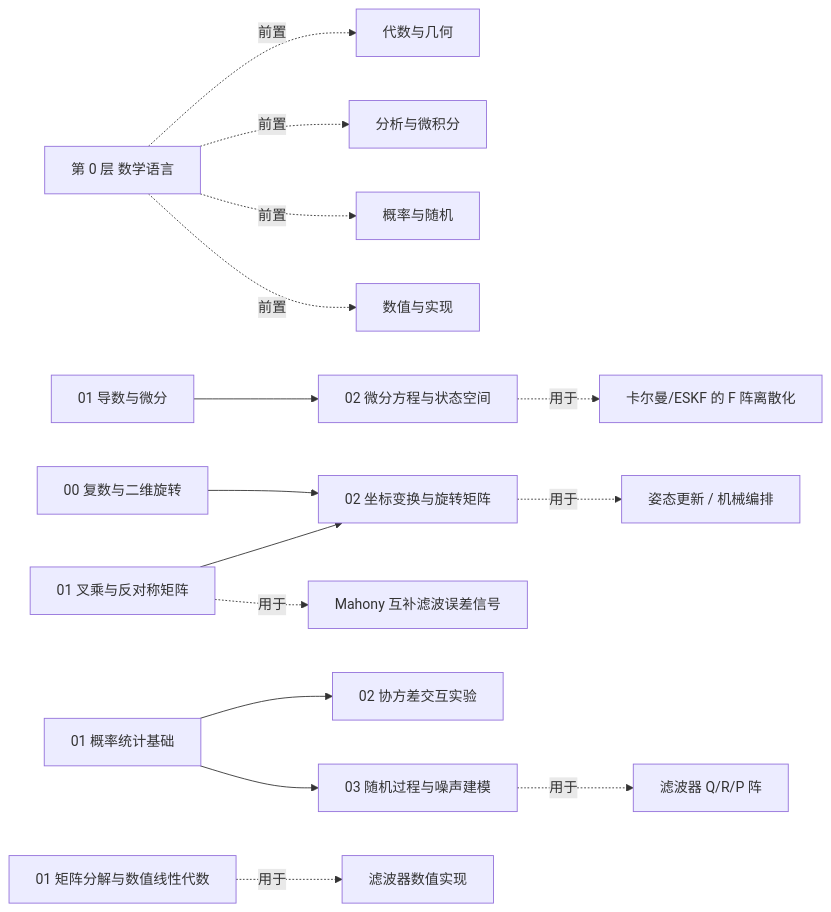
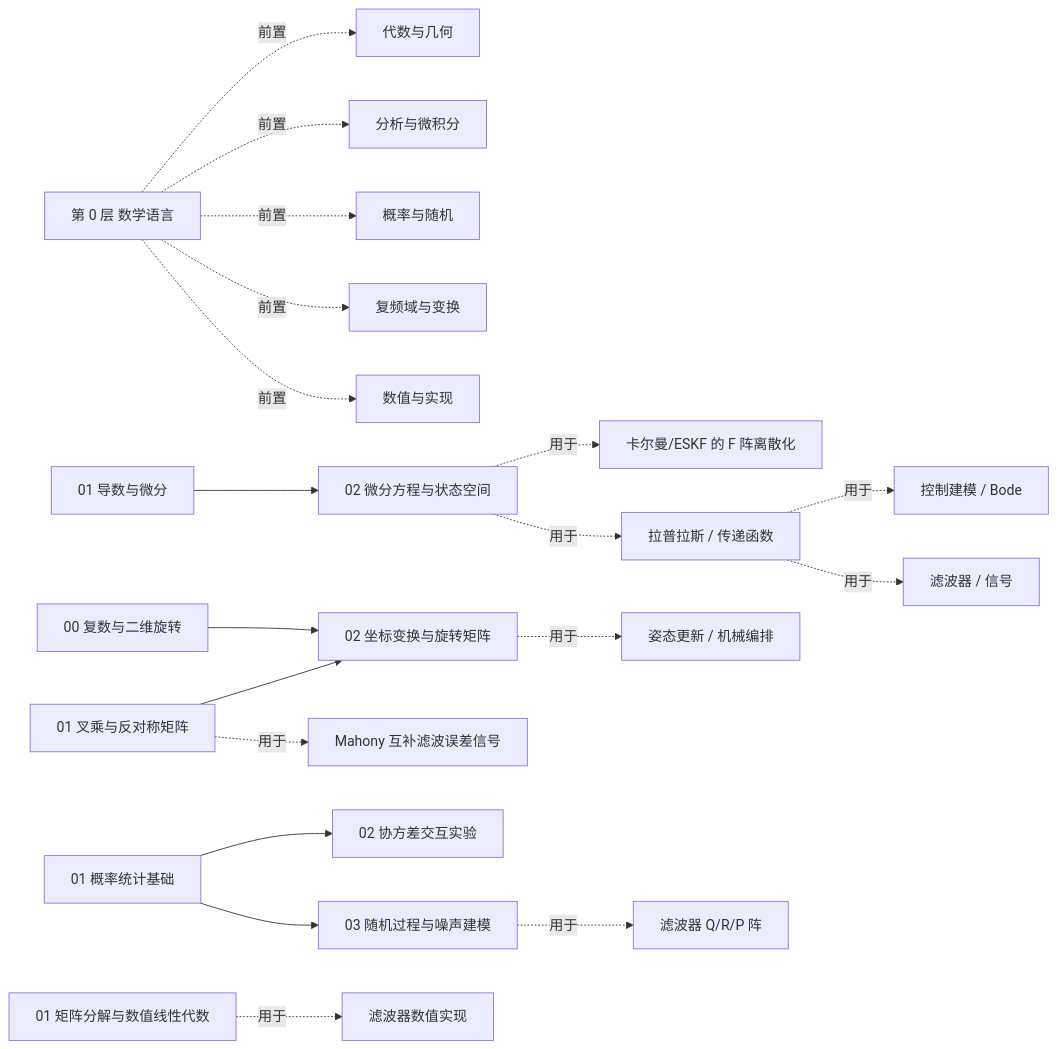
The diagram in docs/数学基础/index.md (wild-civil/civil_wiki), drawn with Mermaid before and after one commit. The commit also changed other lines of this file and 6 other files, not shown here.

````diff
--- a/docs/数学基础/index.md
+++ b/docs/数学基础/index.md
@@ -80,17 +88,21 @@
 ```mermaid
 graph LR
   L0[第 0 层 数学语言] -.前置.-> G[代数与几何]
   L0 -.前置.-> A[分析与微积分]
   L0 -.前置.-> P[概率与随机]
+  L0 -.前置.-> F[复频域与变换]
   L0 -.前置.-> N[数值与实现]
   A1[01 导数与微分] --> A2[02 微分方程与状态空间]
   A2 -.用于.-> KF[卡尔曼/ESKF 的 F 阵离散化]
+  A2 -.用于.-> LAP[拉普拉斯 / 传递函数]
+  LAP -.用于.-> CTRL[控制建模 / Bode]
+  LAP -.用于.-> FILT[滤波器 / 信号]
   G0[00 复数与二维旋转] --> G2[02 坐标变换与旋转矩阵]
   G1[01 叉乘与反对称矩阵] --> G2
   G2 -.用于.-> POSTURE[姿态更新 / 机械编排]
   G1 -.用于.-> MAHONY[Mahony 互补滤波误差信号]
   P1[01 概率统计基础] --> P2[02 协方差交互实验]
   P1 --> P3[03 随机过程与噪声建模]
   P3 -.用于.-> QK[滤波器 Q/R/P 阵]
   N1[01 矩阵分解与数值线性代数] -.用于.-> IMP[滤波器数值实现]
 ```
````
